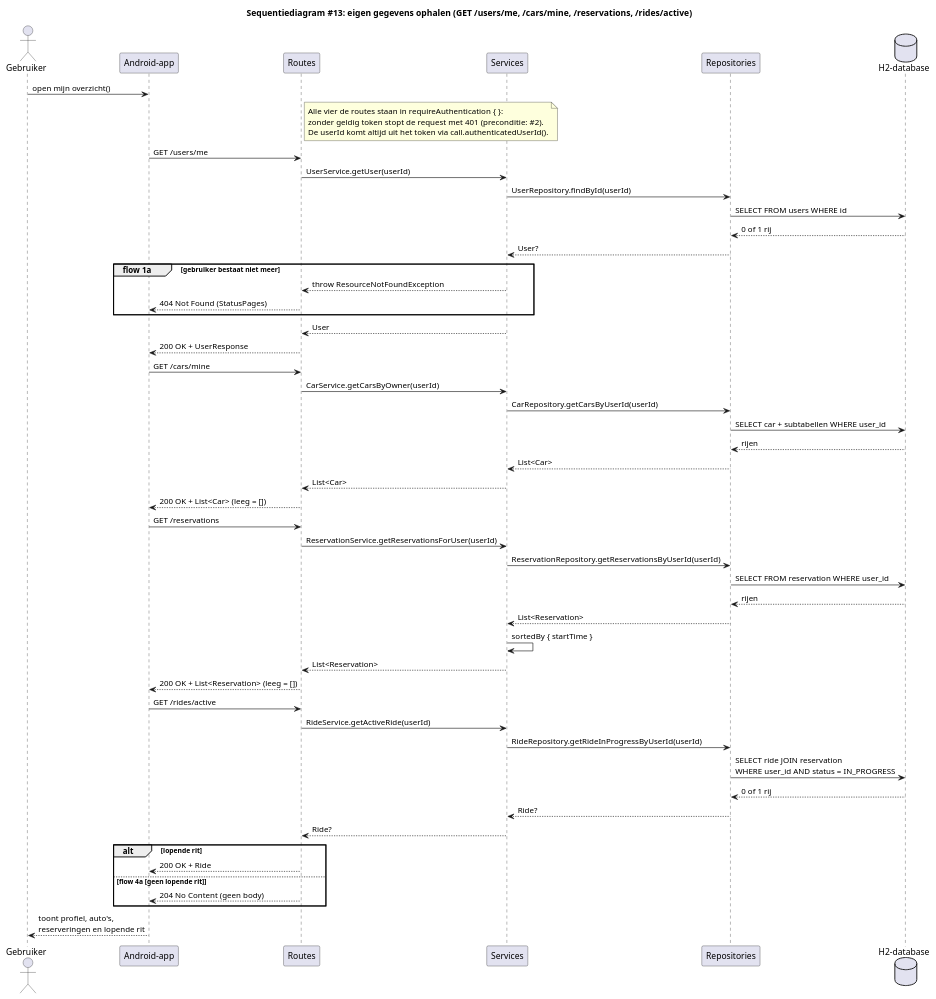
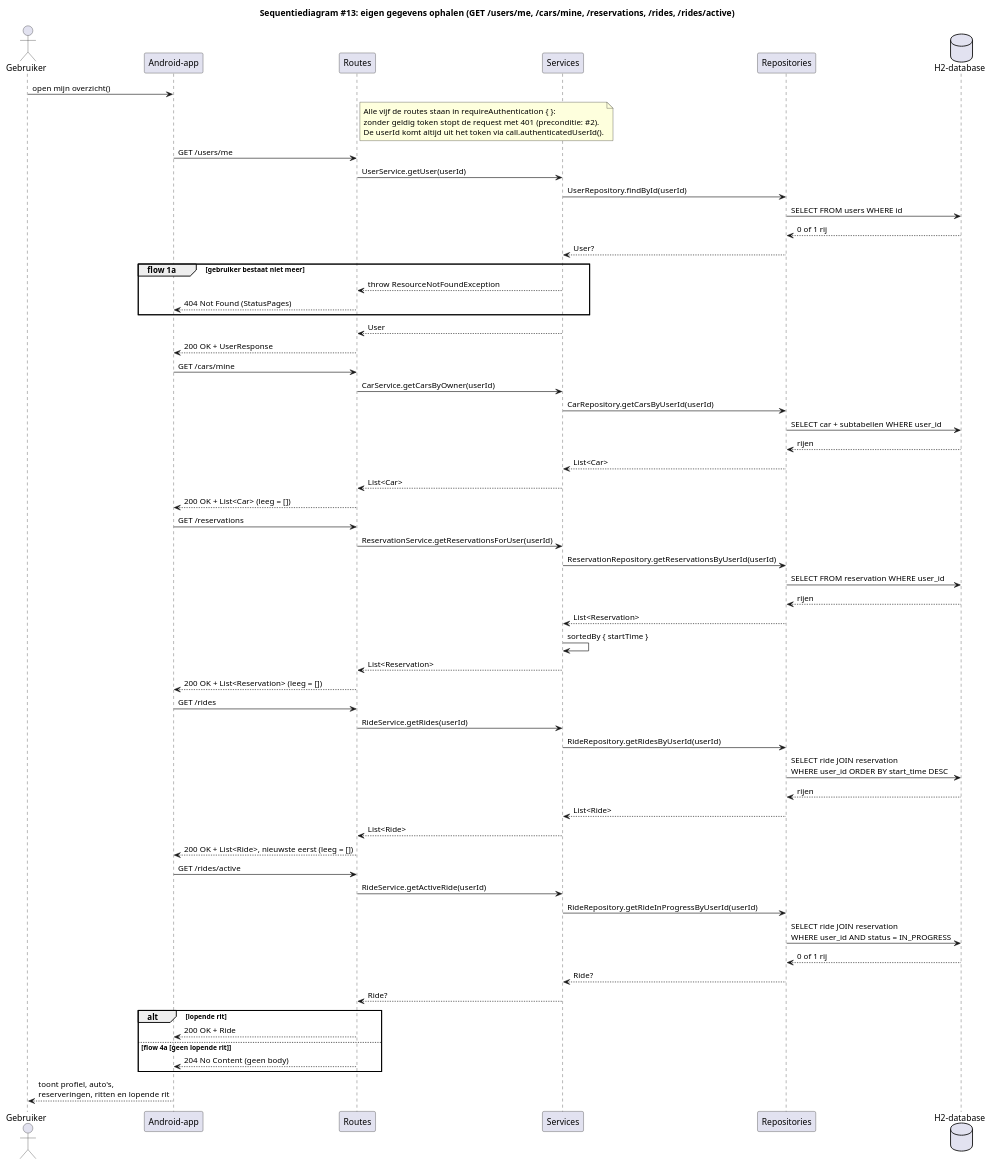
One commit to MarkPrins18/hbo-leerjaar2 changed the diagram in diagrams/sequence/MyOverview.puml. Above: the diagram before and after it, drawn with PlantUML. The commit also changed 7 other files, not shown here.

First line of the commit message:
feat: ritoverzicht met GET /rides

```diff
--- a/diagrams/sequence/MyOverview.puml
+++ b/diagrams/sequence/MyOverview.puml
@@ -1,68 +1,78 @@
 @startuml MyOverview
-title Sequentiediagram #13: eigen gegevens ophalen (GET /users/me, /cars/mine, /reservations, /rides/active)
+title Sequentiediagram #13: eigen gegevens ophalen (GET /users/me, /cars/mine, /reservations, /rides, /rides/active)
 
 actor Gebruiker as g
 participant "Android-app" as app
 participant "Routes" as rt
 participant "Services" as svc
 participant "Repositories" as repo
 database "H2-database" as db
 
 g -> app : open mijn overzicht()
 note right of rt
-  Alle vier de routes staan in requireAuthentication { }:
+  Alle vijf de routes staan in requireAuthentication { }:
   zonder geldig token stopt de request met 401 (preconditie: #2).
   De userId komt altijd uit het token via call.authenticatedUserId().
 end note
 
 app -> rt : GET /users/me
 rt -> svc : UserService.getUser(userId)
 svc -> repo : UserRepository.findById(userId)
 repo -> db : SELECT FROM users WHERE id
 db --> repo : 0 of 1 rij
 repo --> svc : User?
 
 group flow 1a [gebruiker bestaat niet meer]
     svc --> rt : throw ResourceNotFoundException
     rt --> app : 404 Not Found (StatusPages)
 end
 
 svc --> rt : User
 rt --> app : 200 OK + UserResponse
 
 app -> rt : GET /cars/mine
 rt -> svc : CarService.getCarsByOwner(userId)
 svc -> repo : CarRepository.getCarsByUserId(userId)
 repo -> db : SELECT car + subtabellen WHERE user_id
 db --> repo : rijen
 repo --> svc : List<Car>
 svc --> rt : List<Car>
 rt --> app : 200 OK + List<Car> (leeg = [])
 
 app -> rt : GET /reservations
 rt -> svc : ReservationService.getReservationsForUser(userId)
 svc -> repo : ReservationRepository.getReservationsByUserId(userId)
 repo -> db : SELECT FROM reservation WHERE user_id
 db --> repo : rijen
 repo --> svc : List<Reservation>
 svc -> svc : sortedBy { startTime }
 svc --> rt : List<Reservation>
 rt --> app : 200 OK + List<Reservation> (leeg = [])
 
+app -> rt : GET /rides
+rt -> svc : RideService.getRides(userId)
+svc -> repo : RideRepository.getRidesByUserId(userId)
+repo -> db : SELECT ride JOIN reservation\nWHERE user_id ORDER BY start_time DESC
+db --> repo : rijen
+repo --> svc : List<Ride>
+svc --> rt : List<Ride>
+rt --> app : 200 OK + List<Ride>, nieuwste eerst (leeg = [])
+
 app -> rt : GET /rides/active
 rt -> svc : RideService.getActiveRide(userId)
 svc -> repo : RideRepository.getRideInProgressByUserId(userId)
 repo -> db : SELECT ride JOIN reservation\nWHERE user_id AND status = IN_PROGRESS
 db --> repo : 0 of 1 rij
 repo --> svc : Ride?
 
 svc --> rt : Ride?
 
 alt lopende rit
     rt --> app : 200 OK + Ride
 else flow 4a [geen lopende rit]
     rt --> app : 204 No Content (geen body)
 end
-app --> g : toont profiel, auto's,\nreserveringen en lopende rit
+app --> g : toont profiel, auto's,\nreserveringen, ritten en lopende rit
+
 
 @enduml
```
